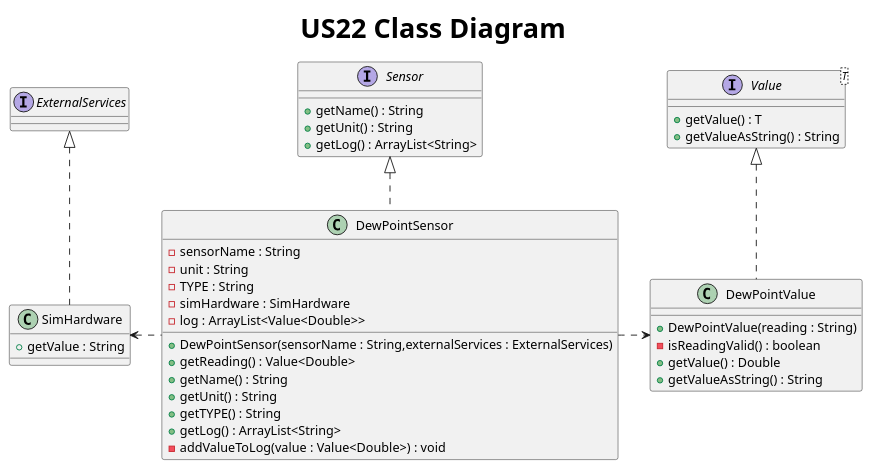
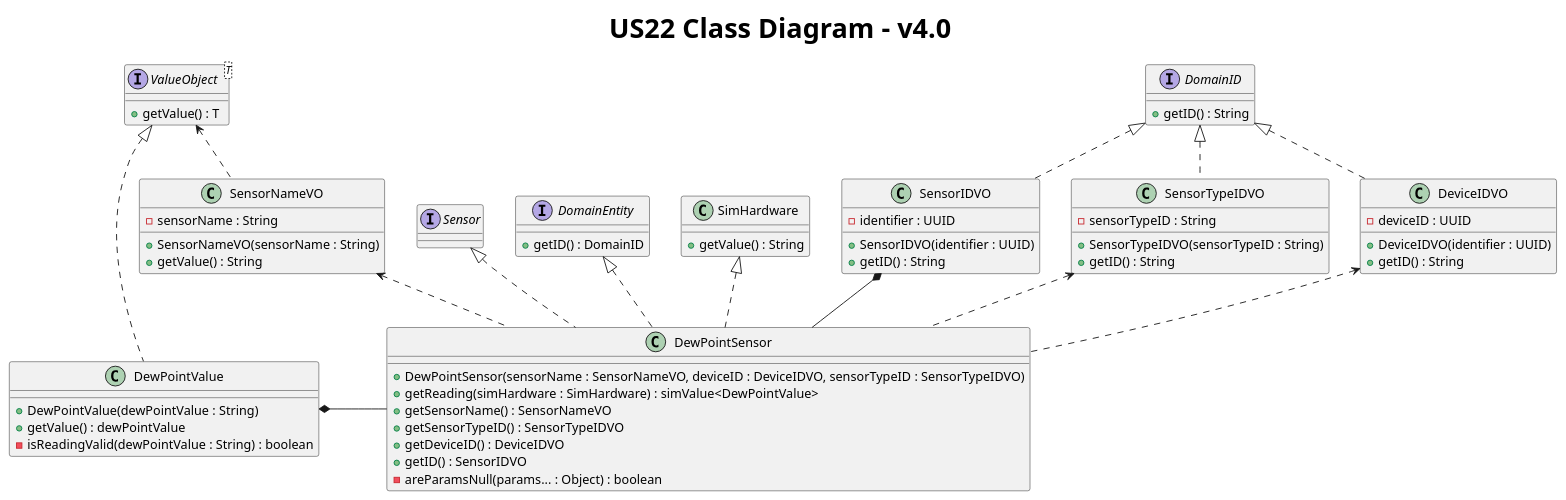
One commit to AfonsoNeves77/smartHouse changed the diagram in Docs/US22/S3U22ClassDIagram.puml. Above: the diagram before and after it, drawn with PlantUML.

Commit message:
[feat] add classDiagram to US22. Fixes #118

```diff
--- a/Docs/US22/S3U22ClassDIagram.puml
+++ b/Docs/US22/S3U22ClassDIagram.puml
@@ -1,51 +1,81 @@
 @startuml
-title <size: 30> US22 Class Diagram
+title <size: 30> US22 Class Diagram - v4.0
+
 
 interface Sensor {
-    + getName() : String
-    + getUnit() : String
-    + getLog() : ArrayList<String>
 }
 
-interface Value<T> {
-    + getValue() : T
-    + getValueAsString() : String
+interface DomainEntity {
+    + getID() : DomainID
 }
 
-interface ExternalServices{
+interface DomainID {
+    + getID() : String
 }
 
-class SimHardware {
-     + getValue : String
-     }
+interface ValueObject<T> {
+    + getValue() : T
+}
 
 class DewPointSensor{
-    - sensorName : String
-    - unit : String
-    - TYPE : String
-    - simHardware : SimHardware
-    - log : ArrayList<Value<Double>>
+    + DewPointSensor(sensorName : SensorNameVO, deviceID : DeviceIDVO, sensorTypeID : SensorTypeIDVO)
+    + getReading(simHardware : SimHardware) : simValue<DewPointValue>
+    + getSensorName() : SensorNameVO
+    + getSensorTypeID() : SensorTypeIDVO
+    + getDeviceID() : DeviceIDVO
+    + getID() : SensorIDVO
+    - areParamsNull(params... : Object) : boolean
+}
 
-    + DewPointSensor(sensorName : String,externalServices : ExternalServices)
-    + getReading() : Value<Double>
-    + getName() : String
-    + getUnit() : String
-    + getTYPE() : String
-    + getLog() : ArrayList<String>
-    - addValueToLog(value : Value<Double>) : void
+class SimHardware{
+    +getValue() : String
 }
 
 class DewPointValue {
-    + DewPointValue(reading : String)
-    - isReadingValid() : boolean
-    + getValue() : Double
-    + getValueAsString() : String
+    + DewPointValue(dewPointValue : String)
+    + getValue() : dewPointValue
+    - isReadingValid(dewPointValue : String) : boolean
 }
 
-Value <|.. DewPointValue
+class SensorNameVO {
+    - sensorName : String
+    + SensorNameVO(sensorName : String)
+    + getValue() : String
+}
+
+class SensorIDVO {
+    - identifier : UUID
+    + SensorIDVO(identifier : UUID)
+    + getID() : String
+}
+
+class SensorTypeIDVO {
+    - sensorTypeID : String
+    + SensorTypeIDVO(sensorTypeID : String)
+    + getID() : String
+}
+
+class DeviceIDVO {
+    - deviceID : UUID
+    + DeviceIDVO(identifier : UUID)
+    + getID() : String
+}
+
+DomainEntity <|.. DewPointSensor
 Sensor <|.. DewPointSensor
-DewPointSensor .right.> DewPointValue
-SimHardware <. DewPointSensor
-ExternalServices <|.. SimHardware
+SimHardware <|.. DewPointSensor
+
+SensorNameVO <.. DewPointSensor
+SensorIDVO *-- DewPointSensor
+DewPointValue *--right DewPointSensor
+SensorTypeIDVO <.. DewPointSensor
+DeviceIDVO <.. DewPointSensor
+
+ValueObject <.. SensorNameVO
+DomainID <|.. SensorIDVO
+DomainID <|.. SensorTypeIDVO
+DomainID <|.. DeviceIDVO
+
+ValueObject <|.. DewPointValue
 
 @enduml
```
